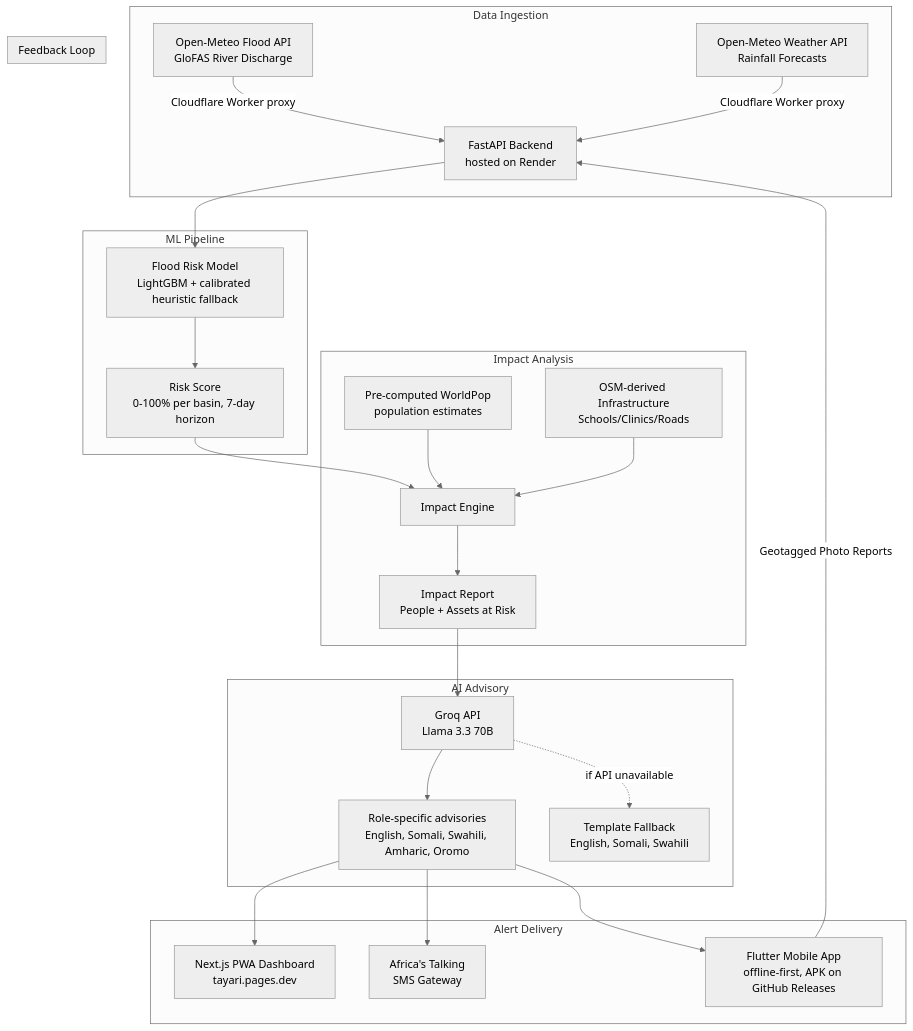
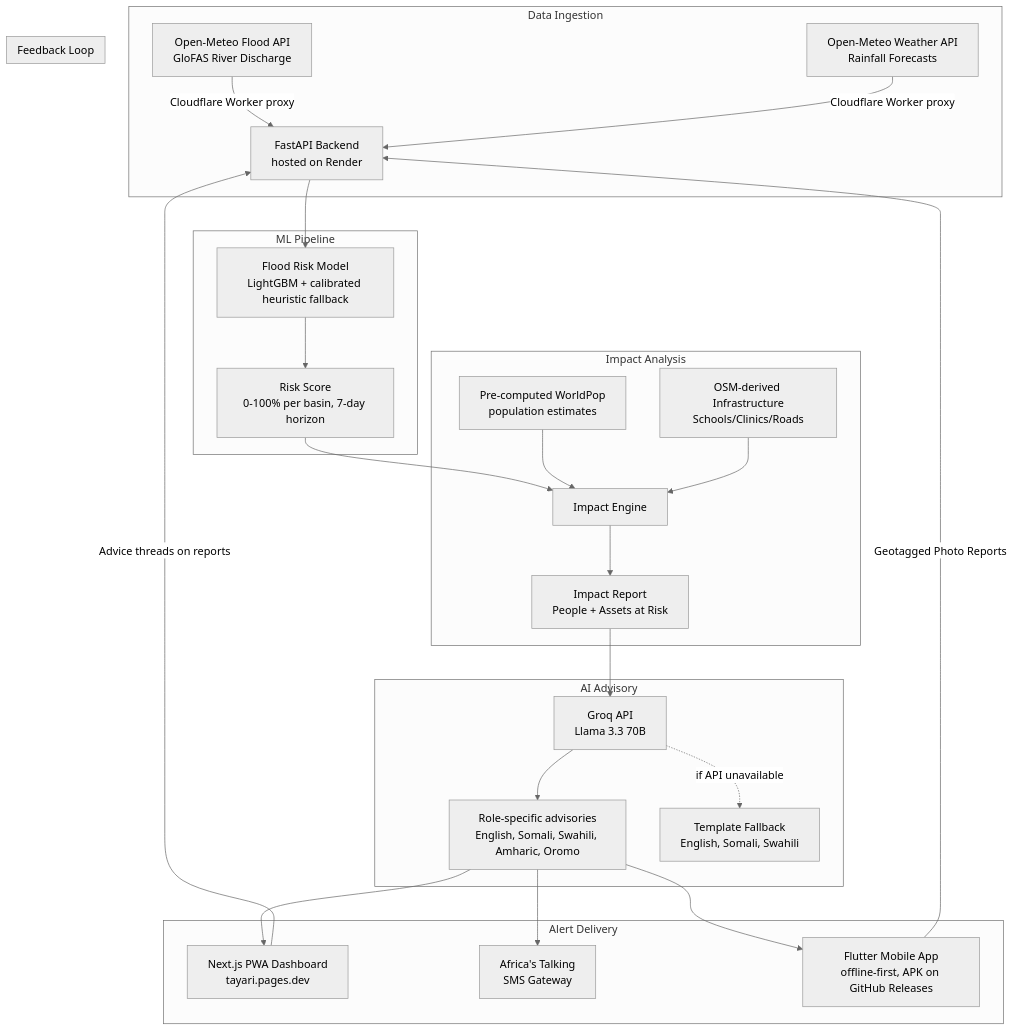
One commit to Raul909/Tayari changed the diagram in README.md. Above: the diagram before and after it, drawn with Mermaid (neutral theme). The commit also changed other lines of this file and 14 other files, not shown here.

````diff
--- a/README.md
+++ b/README.md
@@ -43,35 +43,36 @@
 ```mermaid
 graph TD
     subgraph Data Ingestion
         A[Open-Meteo Flood API<br/>GloFAS River Discharge] -->|Cloudflare Worker proxy| B[FastAPI Backend<br/>hosted on Render]
         A2[Open-Meteo Weather API<br/>Rainfall Forecasts] -->|Cloudflare Worker proxy| B
     end
 
     subgraph ML Pipeline
         B --> C[Flood Risk Model<br/>LightGBM + calibrated heuristic fallback]
         C --> D[Risk Score<br/>0-100% per basin, 7-day horizon]
     end
 
     subgraph Impact Analysis
         D --> E[Impact Engine]
         F[Pre-computed WorldPop<br/>population estimates] --> E
         G[OSM-derived Infrastructure<br/>Schools/Clinics/Roads] --> E
         E --> H[Impact Report<br/>People + Assets at Risk]
     end
 
     subgraph AI Advisory
         H --> I[Groq API<br/>Llama 3.3 70B]
         I --> J[Role-specific advisories<br/>English, Somali, Swahili, Amharic, Oromo]
         I -.->|if API unavailable| T[Template Fallback<br/>English, Somali, Swahili]
     end
 
     subgraph Alert Delivery
         J --> K[Next.js PWA Dashboard<br/>tayari.pages.dev]
         J --> L[Africa's Talking<br/>SMS Gateway]
         J --> M[Flutter Mobile App<br/>offline-first, APK on GitHub Releases]
     end
 
     subgraph Feedback Loop
         M -->|Geotagged Photo Reports| B
+        K -->|Advice threads on reports| B
     end
 ```
````
